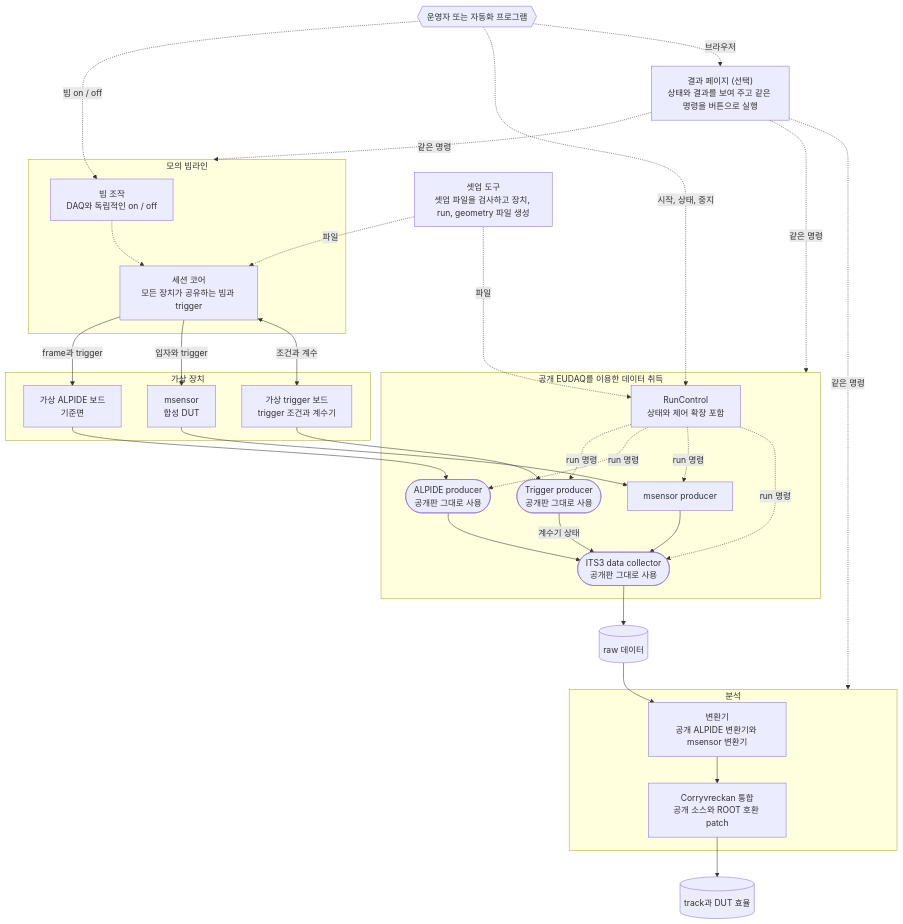
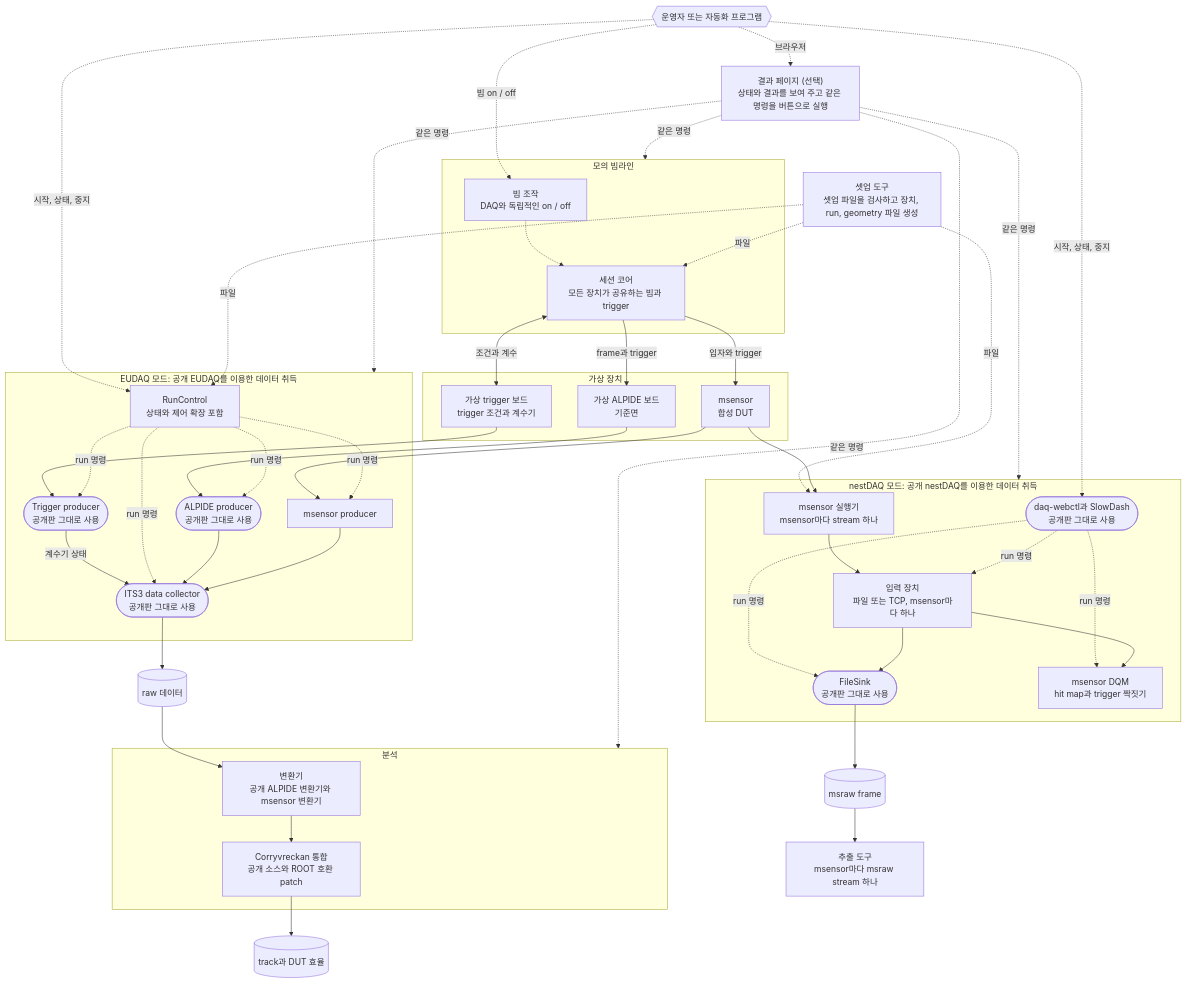
One commit to BongHwi/test-beam-sandbox changed the diagram in README.ko.md. Above: the diagram before and after it, drawn with Mermaid. The commit also changed other lines of this file and 86 other files, not shown here.

````diff
--- a/README.ko.md
+++ b/README.ko.md
@@ -161,7 +246,7 @@
         ms["msensor<br/>합성 DUT"]
     end
 
-    subgraph DAQ["공개 EUDAQ를 이용한 데이터 취득"]
+    subgraph DAQ["EUDAQ 모드: 공개 EUDAQ를 이용한 데이터 취득"]
         rc["RunControl<br/>상태와 제어 확장 포함"]
         ap(["ALPIDE producer<br/>공개판 그대로 사용"])
         mp["msensor producer"]
@@ -179,14 +264,28 @@
 
     res[("track과 DUT 효율")]
 
+    subgraph NDQ["nestDAQ 모드: 공개 nestDAQ를 이용한 데이터 취득"]
+        ru["msensor 실행기<br/>msensor마다 stream 하나"]
+        src["입력 장치<br/>파일 또는 TCP, msensor마다 하나"]
+        fs(["FileSink<br/>공개판 그대로 사용"])
+        dqm["msensor DQM<br/>hit map과 trigger 짝짓기"]
+        wc(["daq-webctl과 SlowDash<br/>공개판 그대로 사용"])
+    end
+
+    frames[("msraw frame")]
+    ext["추출 도구<br/>msensor마다 msraw stream 하나"]
+
     op -. "빔 on / off" .-> bc
     op -. "시작, 상태, 중지" .-> rc
+    op -. "시작, 상태, 중지" .-> wc
     op -. "브라우저" .-> web
     web -. "같은 명령" .-> BEAM
     web -. "같은 명령" .-> DAQ
+    web -. "같은 명령" .-> NDQ
     web -. "같은 명령" .-> ANA
     lay -. "파일" .-> core
     lay -. "파일" .-> rc
+    lay -. "파일" .-> ru
     core -- "frame과 trigger" --> vb
     core -- "입자와 trigger" --> ms
     core <-- "조건과 계수" --> tb
@@ -203,4 +302,13 @@
     dc --> raw
     raw --> conv
     corry --> res
+    ms --> ru
+    ru --> src
+    wc -. "run 명령" .-> src
+    wc -. "run 명령" .-> fs
+    wc -. "run 명령" .-> dqm
+    src --> fs
+    src --> dqm
+    fs --> frames
+    frames --> ext
 ```
````
